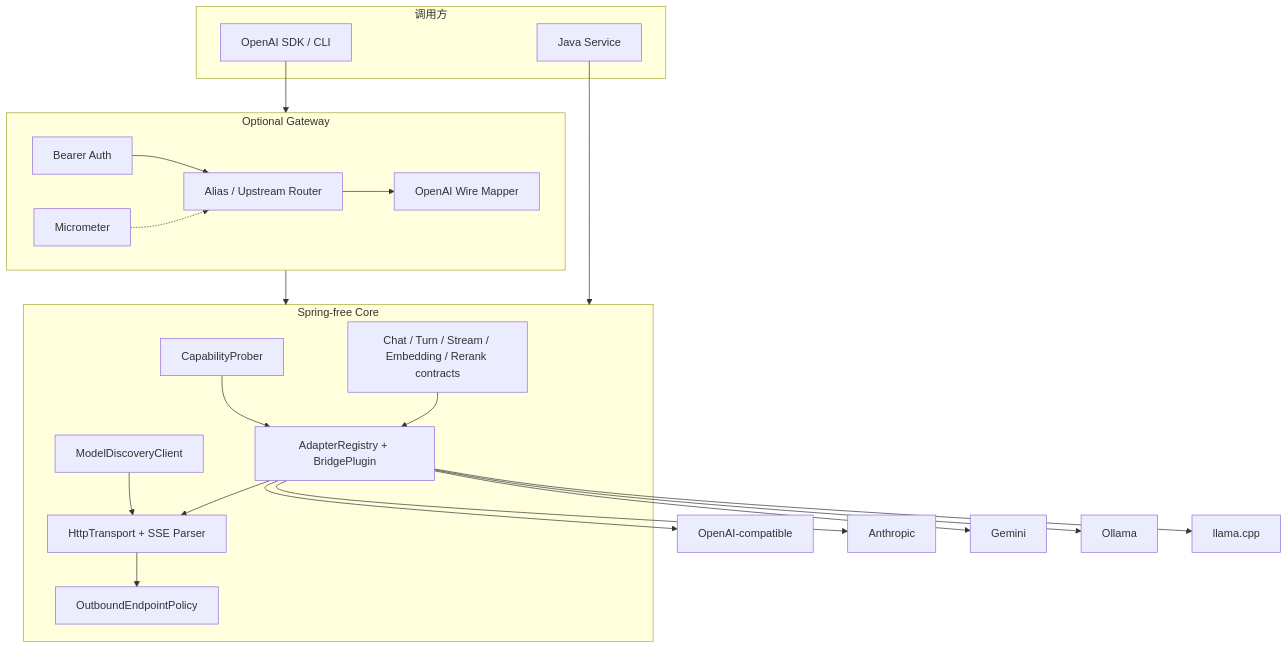
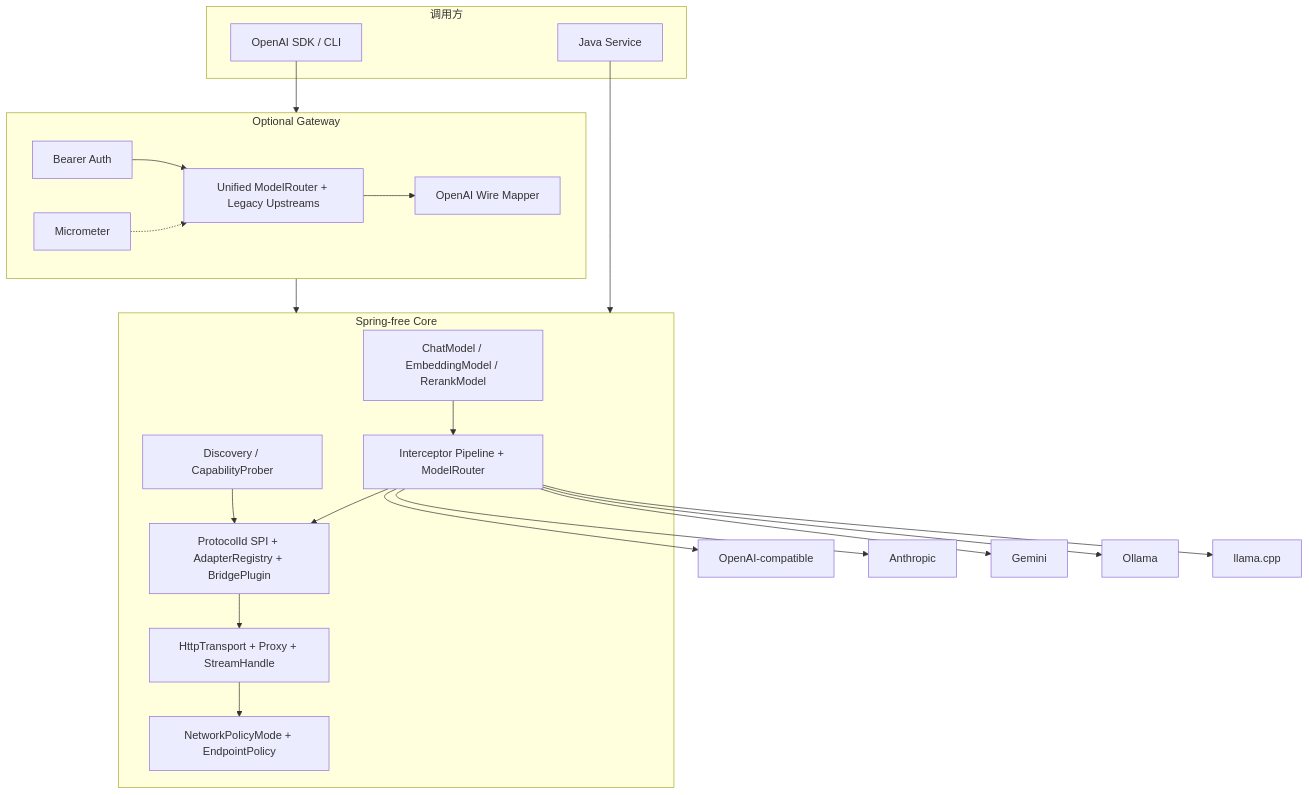
Before and after one commit to BangShou1st/ai-model-bridge: the second of 3 diagrams in README.md, drawn with Mermaid. The commit also changed other lines of this file and 105 other files, not shown here.

````diff
--- a/README.md
+++ b/README.md
@@ -105,40 +106,37 @@
 ```mermaid
 flowchart TB
     subgraph Client["调用方"]
         S1["Java Service"]
         S2["OpenAI SDK / CLI"]
     end
 
     subgraph Library["Spring-free Core"]
-        C1["Chat / Turn / Stream / Embedding / Rerank contracts"]
-        C2["AdapterRegistry + BridgePlugin"]
-        C3["HttpTransport + SSE Parser"]
-        C4["OutboundEndpointPolicy"]
-        C5["ModelDiscoveryClient"]
-        C6["CapabilityProber"]
-        C1 --> C2
-        C2 --> C3
-        C3 --> C4
-        C5 --> C3
-        C6 --> C2
+        C1["ChatModel / EmbeddingModel / RerankModel"]
+        C2["Interceptor Pipeline + ModelRouter"]
+        C3["ProtocolId SPI + AdapterRegistry + BridgePlugin"]
+        C4["HttpTransport + Proxy + StreamHandle"]
+        C5["NetworkPolicyMode + EndpointPolicy"]
+        C6["Discovery / CapabilityProber"]
+        C1 --> C2 --> C3 --> C4 --> C5
+        C6 --> C3
     end
 
     subgraph Gateway["Optional Gateway"]
         G1["Bearer Auth"]
-        G2["Alias / Upstream Router"]
+        G2["Unified ModelRouter + Legacy Upstreams"]
         G3["OpenAI Wire Mapper"]
         G4["Micrometer"]
         G1 --> G2 --> G3
         G4 -.-> G2
     end
 
     S1 --> Library
     S2 --> Gateway
     Gateway --> Library
 
     C2 --> U1["OpenAI-compatible"]
     C2 --> U2["Anthropic"]
     C2 --> U3["Gemini"]
     C2 --> U4["Ollama"]
     C2 --> U5["llama.cpp"]
 ```
````
